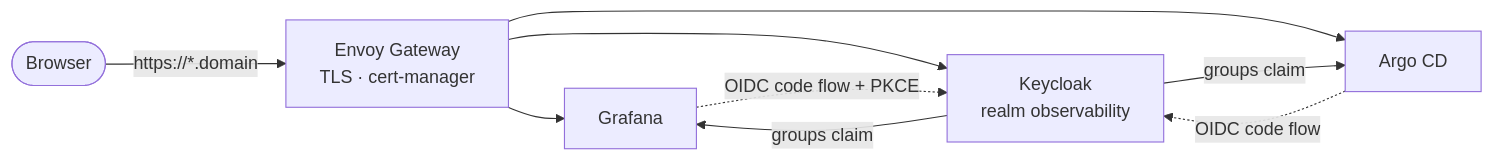
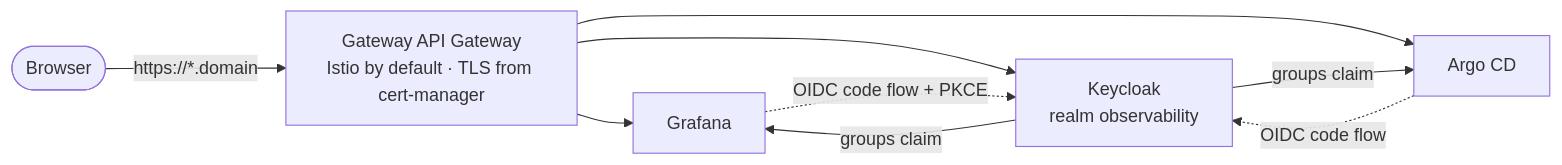
The diagram in docs/sso.md (Simoganger/observability-platform), drawn with Mermaid before and after one commit. The commit also changed other lines of this file and 26 other files, not shown here.

````diff
--- a/docs/sso.md
+++ b/docs/sso.md
@@ -17,10 +17,10 @@
 ```mermaid
 flowchart LR
-  user([Browser]) -->|https://*.domain| gw[Envoy Gateway<br/>TLS · cert-manager]
+  user([Browser]) -->|https://*.domain| gw[Gateway API Gateway<br/>Istio by default · TLS from cert-manager]
   gw --> graf[Grafana]
   gw --> argo[Argo CD]
   gw --> kc[Keycloak<br/>realm observability]
   graf -.->|OIDC code flow + PKCE| kc
   argo -.->|OIDC code flow| kc
   kc -->|groups claim| graf & argo
 ```
````
